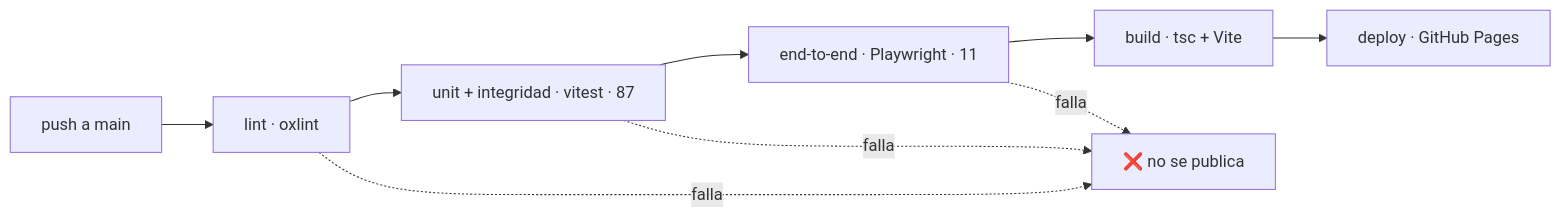
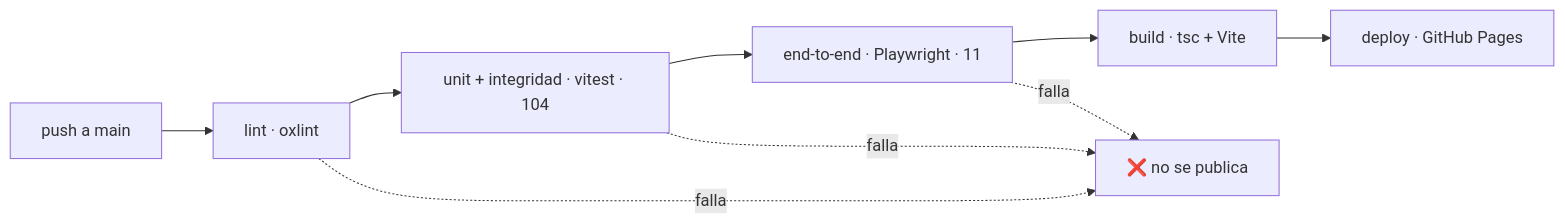
One commit to luzzaragoza/cuanto-me-falta changed the diagram in docs/06-calidad.md. Above: the diagram before and after it, drawn with Mermaid. The commit also changed other lines of this file and 19 other files, not shown here.

````diff
--- a/docs/06-calidad.md
+++ b/docs/06-calidad.md
@@ -62,12 +62,12 @@
 ```mermaid
 %% svg:pipeline
 flowchart LR
     P["push a main"] --> L["lint · oxlint"]
-    L --> U["unit + integridad · vitest · 87"]
+    L --> U["unit + integridad · vitest · 104"]
     U --> E["end-to-end · Playwright · 11"]
     E --> B["build · tsc + Vite"]
     B --> D["deploy · GitHub Pages"]
     L -. falla .-> X["❌ no se publica"]
     U -. falla .-> X
     E -. falla .-> X
 ```
````
